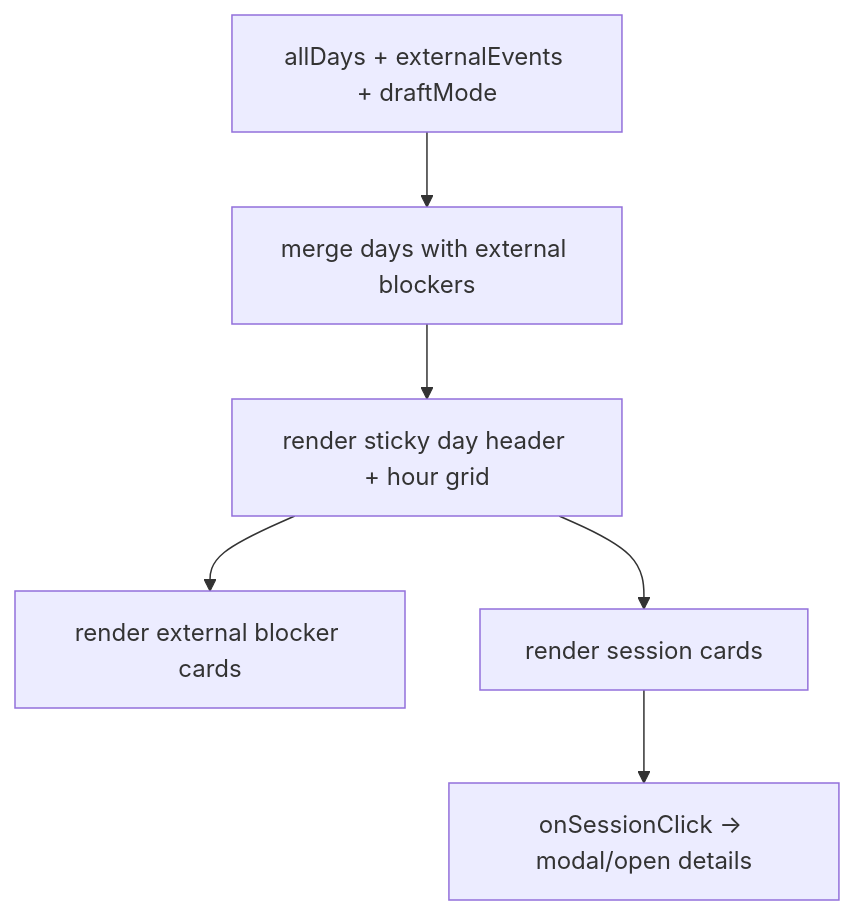
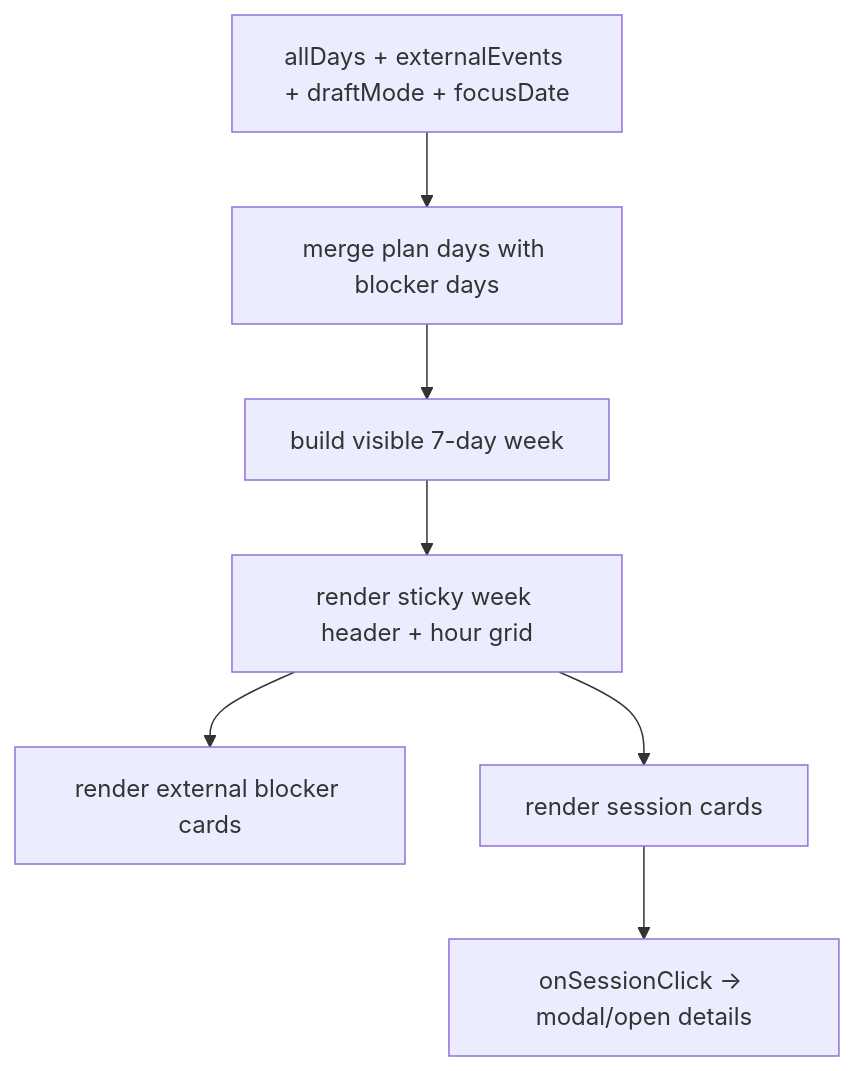
The fifth of 11 diagrams in Weekly-Study-Planner/frontend_diagram.md (SaathiAI/PrivateSkedio), drawn with Mermaid before and after one commit. The commit also changed other lines of this file and 7 other files, not shown here.

````diff
--- a/Weekly-Study-Planner/frontend_diagram.md
+++ b/Weekly-Study-Planner/frontend_diagram.md
@@ -118,8 +135,9 @@
 ```mermaid
 flowchart TD
-    Inputs["allDays + externalEvents + draftMode"] --> Merge["merge days with external blockers"]
-    Merge --> Render["render sticky day header + hour grid"]
+    Inputs["allDays + externalEvents + draftMode + focusDate"] --> Merge["merge plan days with blocker days"]
+    Merge --> Window["build visible 7-day week"]
+    Window --> Render["render sticky week header + hour grid"]
     Render --> Blocks["render external blocker cards"]
     Render --> Sessions["render session cards"]
     Sessions --> Click["onSessionClick -> modal/open details"]
 ```
````
